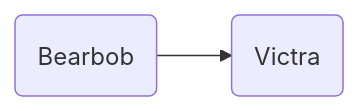
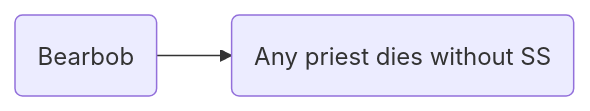
The seventh of 10 diagrams in wepulled/swp/README.md (leemWF/READMEVault), drawn with Mermaid before and after one commit. The commit also changed other lines of this file, not shown here.

````diff
--- a/wepulled/swp/README.md
+++ b/wepulled/swp/README.md
@@ -148,4 +168,4 @@
 ```mermaid
 flowchart LR
-    A(Bearbob) --> B(Victra)
+    A(Bearbob) --> B(Any priest dies without SS)
 ```
````
